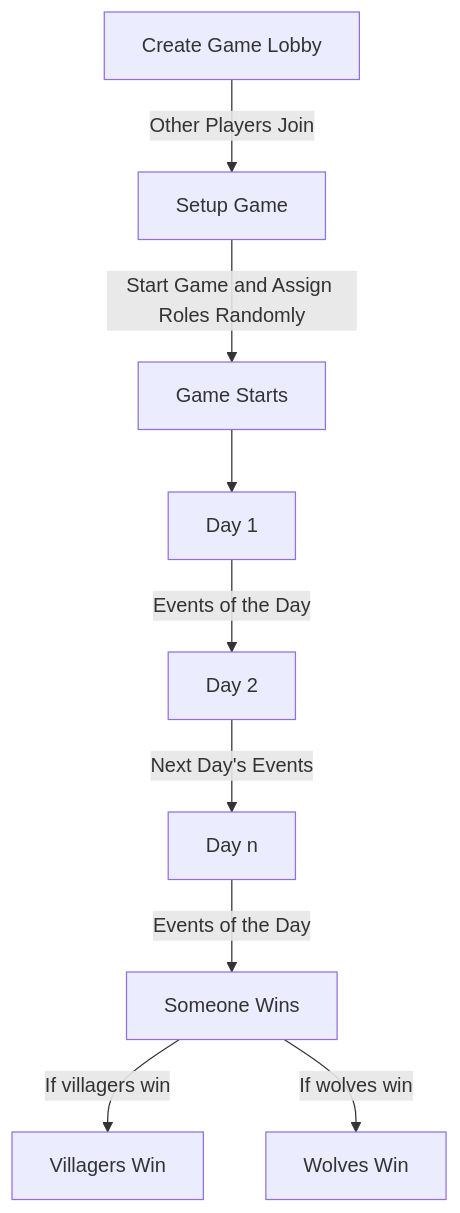
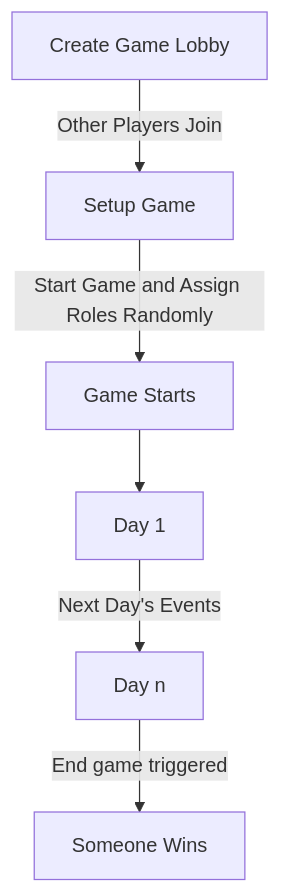
The first of 2 diagrams in docs/architecture.md (akhercha/werewolves-of-cairo), drawn with Mermaid before and after one commit. The commit also changed other lines of this file, not shown here.

Commit message:
main: Quick updated for architecture

````diff
--- a/docs/architecture.md
+++ b/docs/architecture.md
@@ -5,11 +5,8 @@
 ```mermaid
 flowchart TD
     Start[Create Game Lobby] -->|Other Players Join|B[Setup Game]
     B -->|Start Game and Assign Roles Randomly|R[Game Starts]
     R -->D[Day 1]
-    D -->|Events of the Day|E[Day 2]
-    E -->|Next Day's Events|F[Day n]
-    F -->|Events of the Day|G[Someone Wins]
-    G -->|If villagers win|V[Villagers Win]
-    G -->|If wolves win|W[Wolves Win]
+    D -->|Next Day's Events|E[Day n]
+    E -->|End game triggered|F[Someone Wins]
 ```
````
